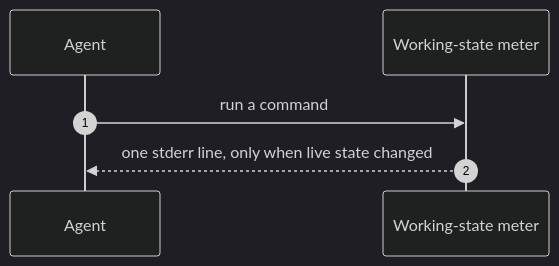
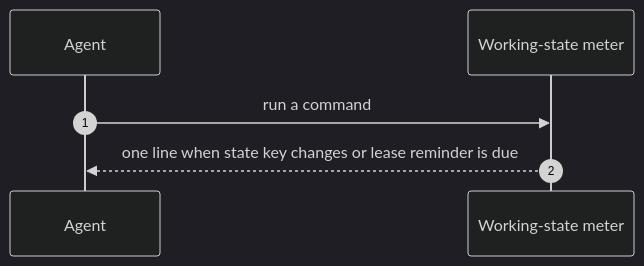
Before and after one commit to infimalabs/spice-rust: diagram 11 of 11 in docs/product/planes/session.md, drawn with Mermaid (dark theme). The commit also changed other lines of this file and 120 other files, not shown here.

````diff
--- a/docs/product/planes/session.md
+++ b/docs/product/planes/session.md
@@ -361,9 +393,9 @@
 ```mermaid
 sequenceDiagram
   autonumber
   participant AG as Agent
   participant MT as Working-state meter
 
   AG->>MT: run a command
-  MT-->>AG: one stderr line, only when live state changed
+  MT-->>AG: one line when state key changes or lease reminder is due
 ```
````
